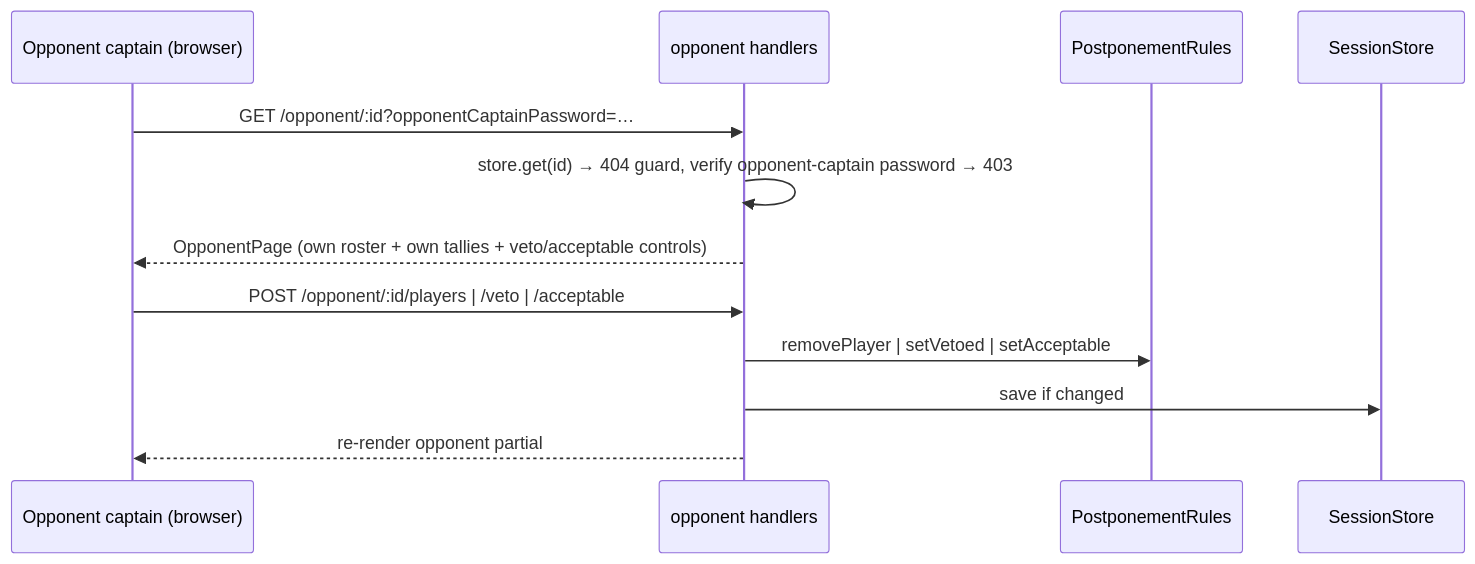
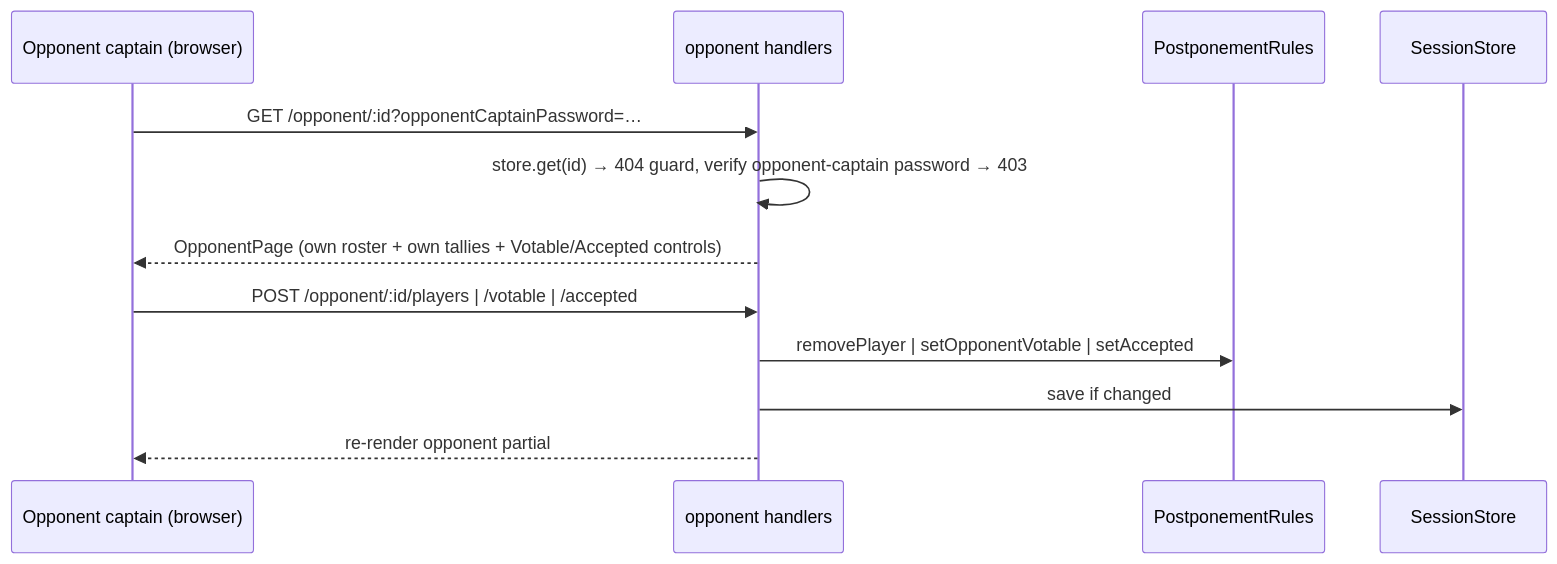
One commit to HonoluluHenk/postpony changed the fourth of 4 diagrams in docs/arc42/06-runtime-view.md. Above: the diagram before and after it, drawn with Mermaid. The commit also changed other lines of this file and 39 other files, not shown here.

First line of the commit message:
feat: rework opponent date controls to Votable & Accepted

````diff
--- a/docs/arc42/06-runtime-view.md
+++ b/docs/arc42/06-runtime-view.md
@@ -82,14 +82,14 @@
 ```mermaid
 sequenceDiagram
     participant C as Opponent captain (browser)
     participant H as opponent handlers
     participant R as PostponementRules
     participant DB as SessionStore
     C ->> H: GET /opponent/:id?opponentCaptainPassword=…
     H ->> H: store.get(id) → 404 guard, verify opponent-captain password → 403
-    H -->> C: OpponentPage (own roster + own tallies + veto/acceptable controls)
-    C ->> H: POST /opponent/:id/players | /veto | /acceptable
-    H ->> R: removePlayer | setVetoed | setAcceptable
+    H -->> C: OpponentPage (own roster + own tallies + Votable/Accepted controls)
+    C ->> H: POST /opponent/:id/players | /votable | /accepted
+    H ->> R: removePlayer | setOpponentVotable | setAccepted
     H ->> DB: save if changed
     H -->> C: re-render opponent partial
 ```
````
